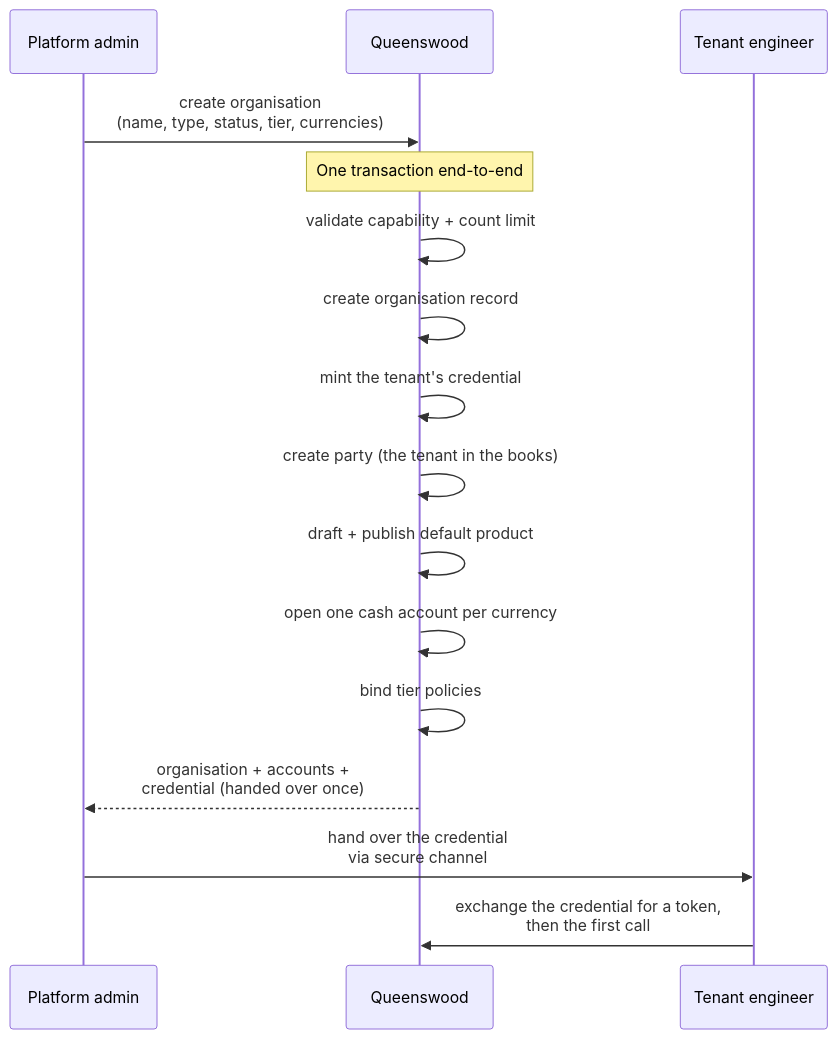
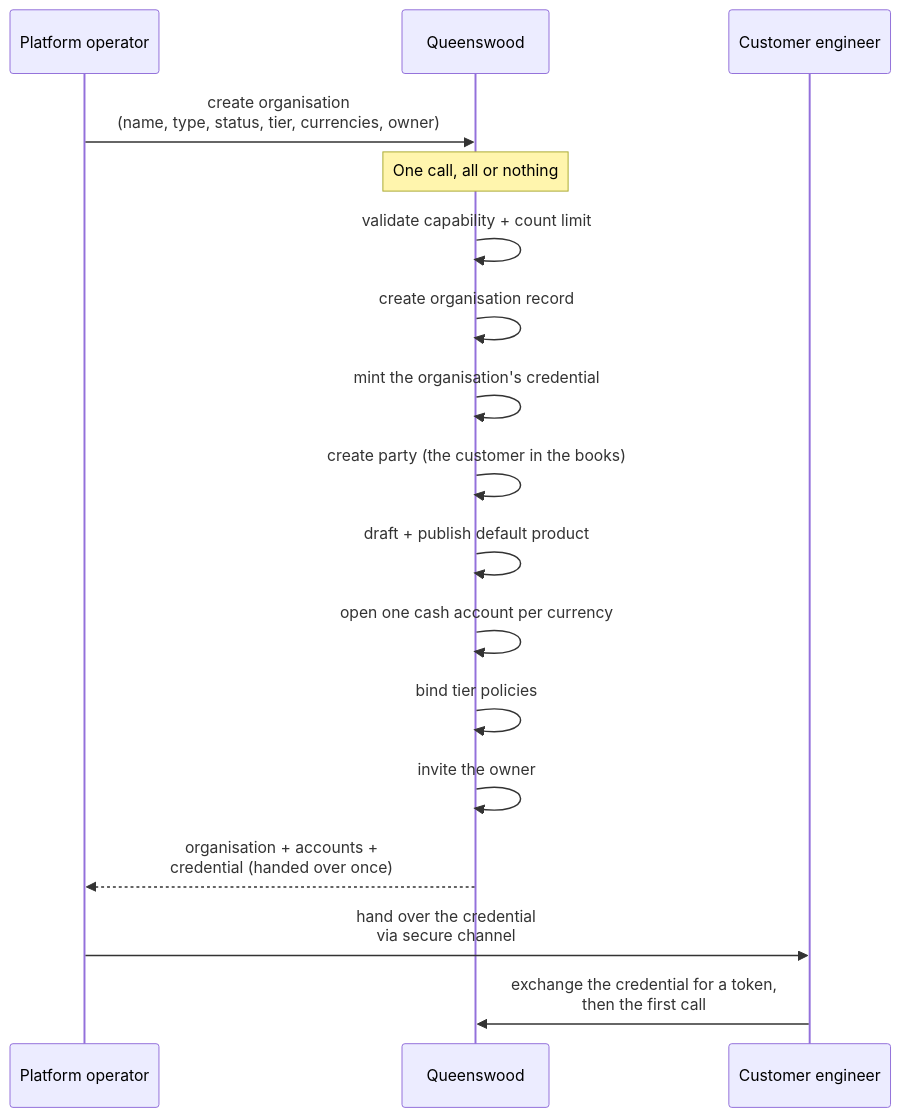
Before and after one commit to repldriven/queenswood: the diagram in docs/prd/onboarding.md, drawn with Mermaid. The commit also changed other lines of this file and 15 other files, not shown here.

````diff
--- a/docs/prd/onboarding.md
+++ b/docs/prd/onboarding.md
@@ -138,19 +133,20 @@
 ```mermaid
 sequenceDiagram
-    participant A as Platform admin
+    participant A as Platform operator
     participant Q as Queenswood
-    participant T as Tenant engineer
+    participant T as Customer engineer
 
-    A->>Q: create organisation<br/>(name, type, status, tier, currencies)
-    Note over Q: One transaction end-to-end
+    A->>Q: create organisation<br/>(name, type, status, tier, currencies, owner)
+    Note over Q: One call, all or nothing
     Q->>Q: validate capability + count limit
     Q->>Q: create organisation record
-    Q->>Q: mint the tenant's credential
-    Q->>Q: create party (the tenant in the books)
+    Q->>Q: mint the organisation's credential
+    Q->>Q: create party (the customer in the books)
     Q->>Q: draft + publish default product
     Q->>Q: open one cash account per currency
     Q->>Q: bind tier policies
+    Q->>Q: invite the owner
     Q-->>A: organisation + accounts +<br/>credential (handed over once)
     A->>T: hand over the credential<br/>via secure channel
     T->>Q: exchange the credential for a token,<br/>then the first call
 ```
````
